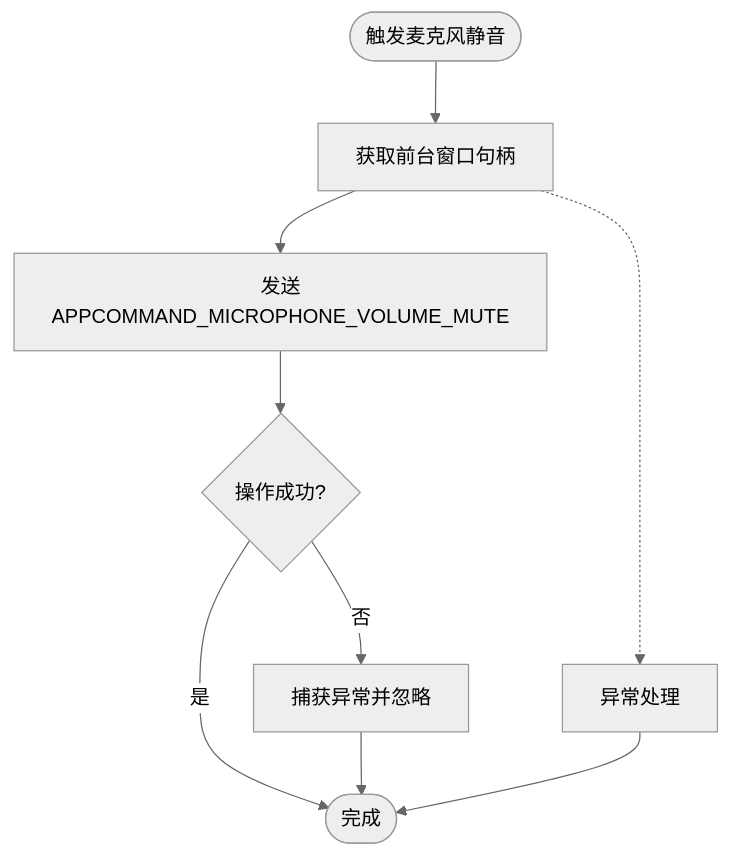
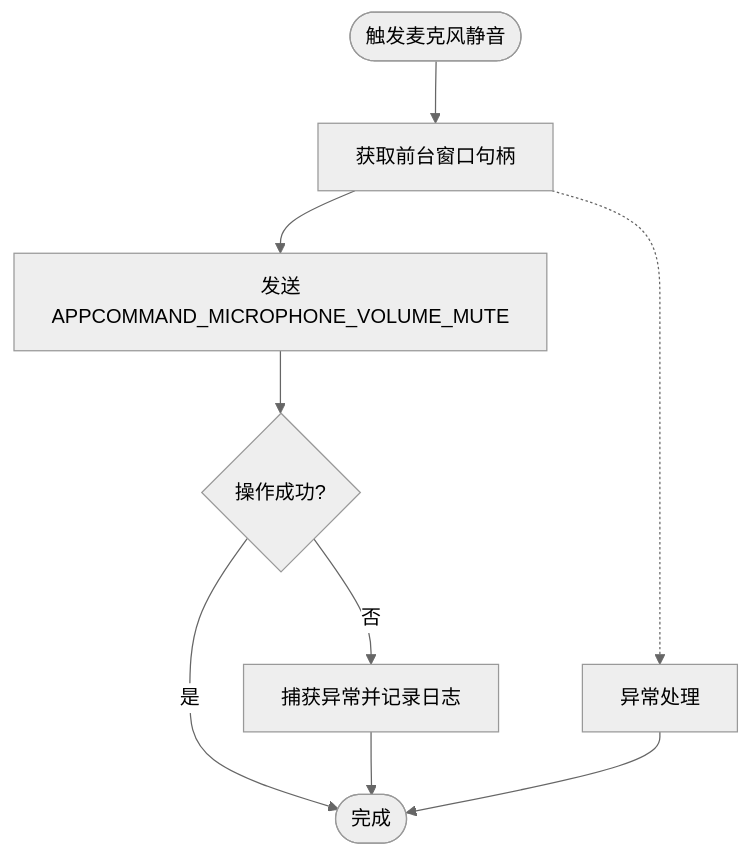
The sixth of 11 diagrams in .qoder/repowiki/zh/content/核心功能/系统控制功能.md (tea4go/Macro-Deck-Windows-Utils-Plugin), drawn with Mermaid (neutral theme) before and after one commit. The commit also changed other lines of this file and 39 other files, not shown here.

````diff
--- a/.qoder/repowiki/zh/content/核心功能/系统控制功能.md
+++ b/.qoder/repowiki/zh/content/核心功能/系统控制功能.md
@@ -215,11 +254,11 @@
 ```mermaid
 flowchart TD
 Start([触发麦克风静音]) --> GetForeground["获取前台窗口句柄"]
 GetForeground --> SendCommand["发送APPCOMMAND_MICROPHONE_VOLUME_MUTE"]
 SendCommand --> Success{"操作成功?"}
 Success --> |是| Complete([完成])
-Success --> |否| CatchError["捕获异常并忽略"]
+Success --> |否| CatchError["捕获异常并记录日志"]
 CatchError --> Complete
 GetForeground -.-> Exception["异常处理"]
 Exception --> Complete
 ```
````
